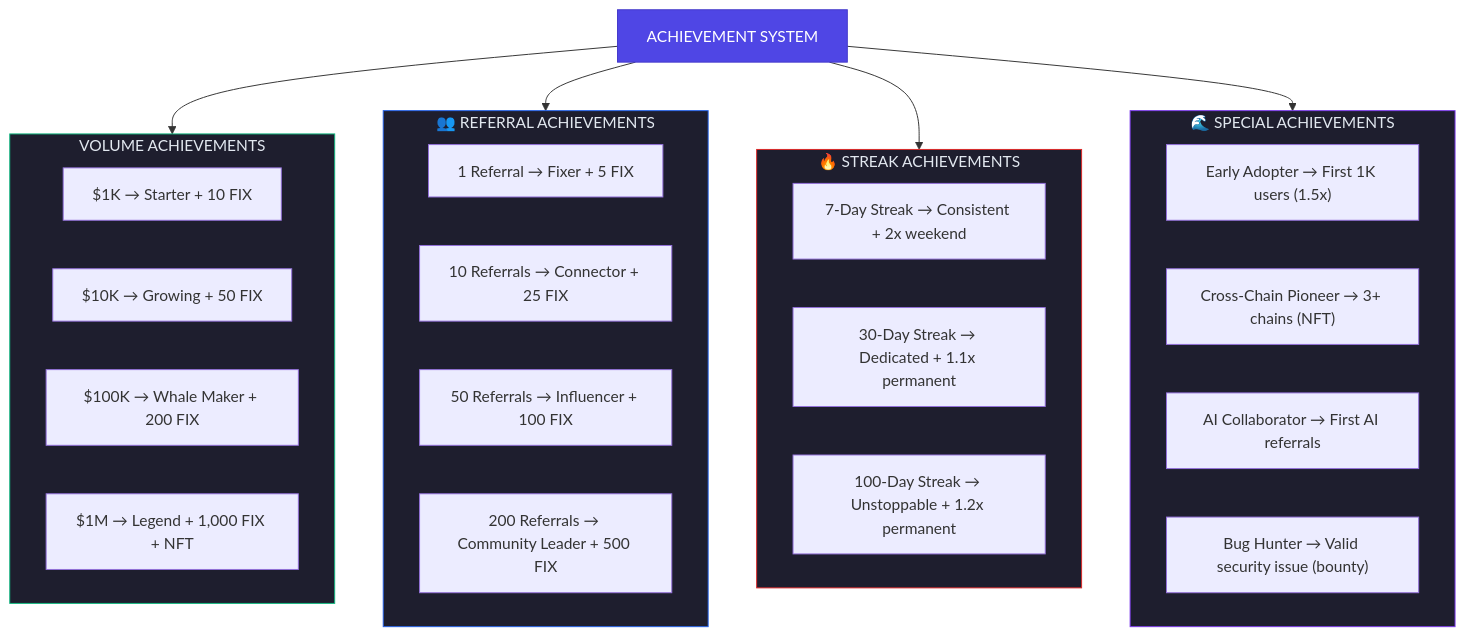
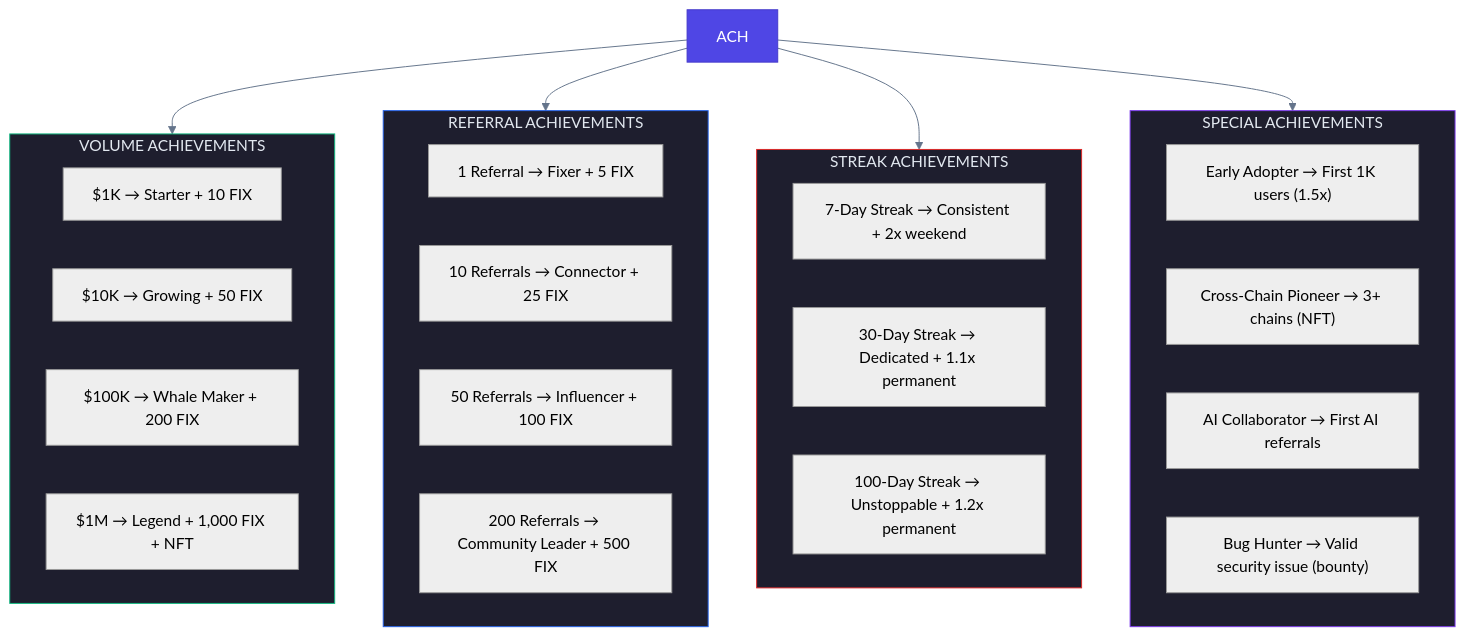
The fifth of 13 diagrams in docs/ENHANCEMENT_BRAINSTORM.md (guglxni/the-fixer-hook), drawn with Mermaid before and after one commit. The commit also changed other lines of this file and 514 other files, not shown here.

Commit message:
Clean docs: remove emojis, add professional mermaid styling

````diff
--- a/docs/ENHANCEMENT_BRAINSTORM.md
+++ b/docs/ENHANCEMENT_BRAINSTORM.md
@@ -298,41 +289,36 @@
 ```mermaid
+%%{init: {'theme': 'neutral', 'themeVariables': { 'primaryColor': '#2563eb', 'primaryTextColor': '#1e293b', 'primaryBorderColor': '#3b82f6', 'lineColor': '#64748b', 'secondaryColor': '#f1f5f9', 'tertiaryColor': '#e2e8f0'}}}%%
 flowchart TD
-    ACH["ACHIEVEMENT SYSTEM"]
     ACH --> VOL
     ACH --> REF
     ACH --> STR
     ACH --> SPC
-
     subgraph VOL["VOLUME ACHIEVEMENTS"]
         V1["$1K → Starter + 10 FIX"]
         V2["$10K → Growing + 50 FIX"]
         V3["$100K → Whale Maker + 200 FIX"]
         V4["$1M → Legend + 1,000 FIX + NFT"]
     end
-
-    subgraph REF["👥 REFERRAL ACHIEVEMENTS"]
+    subgraph REF[" REFERRAL ACHIEVEMENTS"]
         R1["1 Referral → Fixer + 5 FIX"]
         R2["10 Referrals → Connector + 25 FIX"]
         R3["50 Referrals → Influencer + 100 FIX"]
         R4["200 Referrals → Community Leader + 500 FIX"]
     end
-
-    subgraph STR["🔥 STREAK ACHIEVEMENTS"]
+    subgraph STR[" STREAK ACHIEVEMENTS"]
         S1["7-Day Streak → Consistent + 2x weekend"]
         S2["30-Day Streak → Dedicated + 1.1x permanent"]
         S3["100-Day Streak → Unstoppable + 1.2x permanent"]
     end
-
-    subgraph SPC["🌊 SPECIAL ACHIEVEMENTS"]
+    subgraph SPC[" SPECIAL ACHIEVEMENTS"]
         SP1["Early Adopter → First 1K users (1.5x)"]
         SP2["Cross-Chain Pioneer → 3+ chains (NFT)"]
         SP3["AI Collaborator → First AI referrals"]
         SP4["Bug Hunter → Valid security issue (bounty)"]
     end
-
     style ACH fill:#4F46E5,color:#FFFFFF,stroke:#4338CA
     style VOL fill:#1E1E2E,color:#E2E8F0,stroke:#10B981
     style REF fill:#1E1E2E,color:#E2E8F0,stroke:#2563EB
     style STR fill:#1E1E2E,color:#E2E8F0,stroke:#DC2626
     style SPC fill:#1E1E2E,color:#E2E8F0,stroke:#7C3AED
 ```
````
